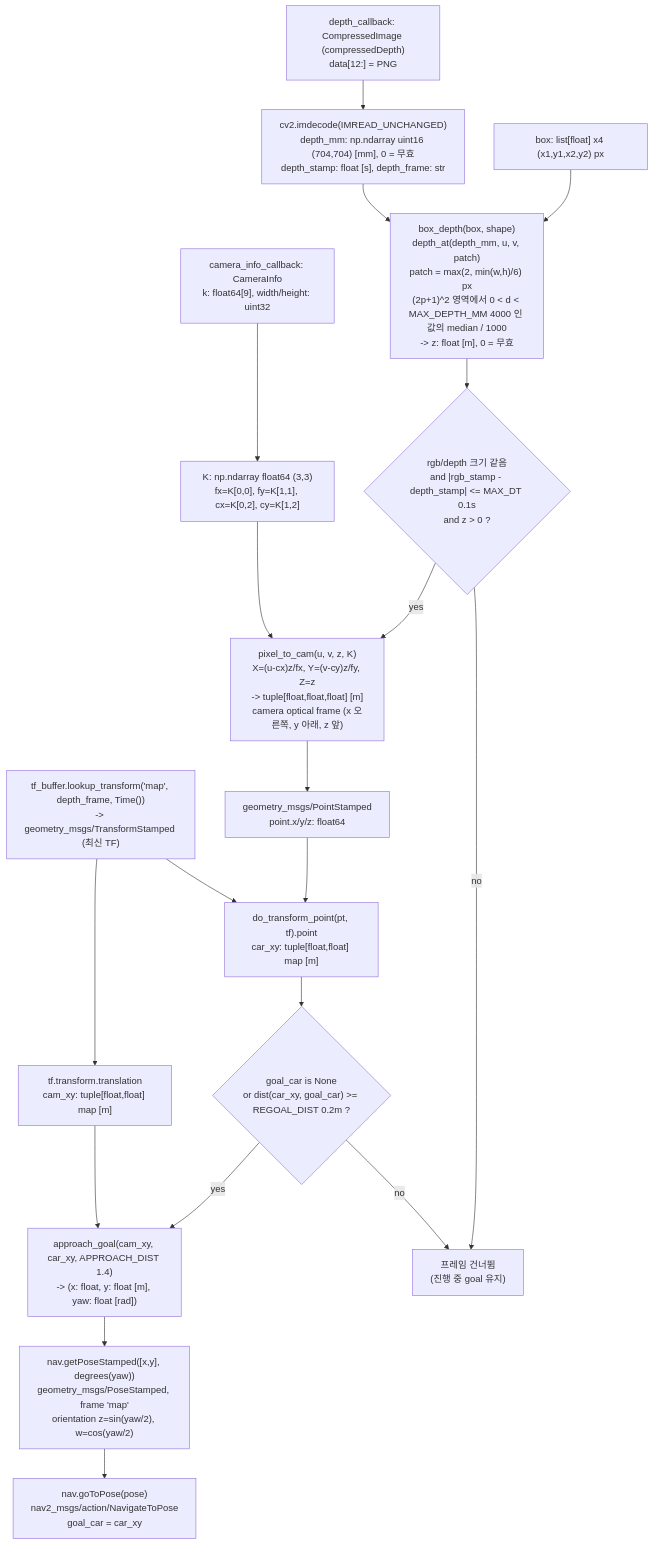
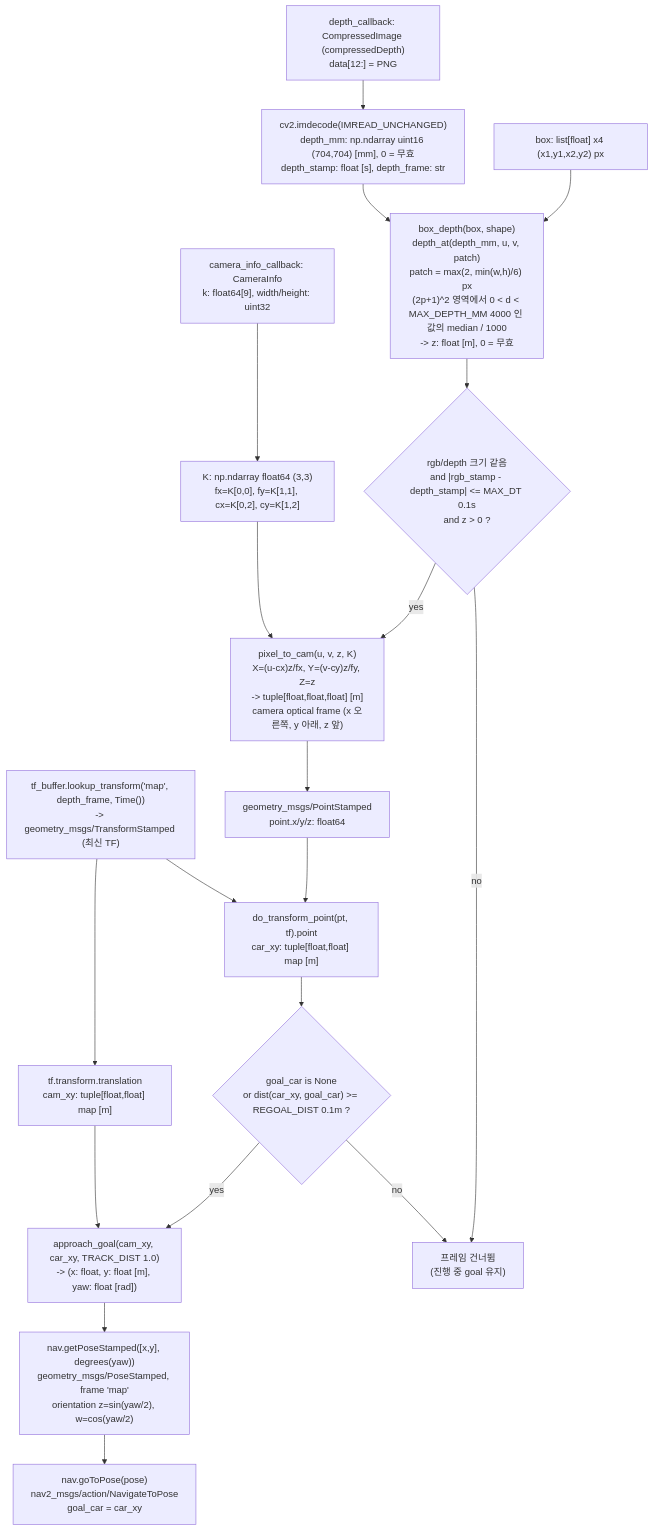
One commit to choicsh/cobot4_ws_miniproject changed the fifth of 7 diagrams in docs/architecture.md. Above: the diagram before and after it, drawn with Mermaid. The commit also changed other lines of this file and 3 other files, not shown here.

First line of the commit message:
feat(mission): TRACK goal 거리 1.0m 분리, 재전송 0.1m, nav2 xy_goal_tolerance 0.1

````diff
--- a/docs/architecture.md
+++ b/docs/architecture.md
@@ -147,21 +147,21 @@
 ```mermaid
 flowchart TD
     D0["depth_callback: CompressedImage (compressedDepth)<br/>data[12:] = PNG"] --> D1["cv2.imdecode(IMREAD_UNCHANGED)<br/>depth_mm: np.ndarray uint16 (704,704) [mm], 0 = 무효<br/>depth_stamp: float [s], depth_frame: str"]
     K0["camera_info_callback: CameraInfo<br/>k: float64[9], width/height: uint32"] --> K1["K: np.ndarray float64 (3,3)<br/>fx=K[0,0], fy=K[1,1], cx=K[0,2], cy=K[1,2]"]
     BOX["box: list[float] x4 (x1,y1,x2,y2) px"] --> Z
     D1 --> Z["box_depth(box, shape)<br/>depth_at(depth_mm, u, v, patch)<br/>patch = max(2, min(w,h)/6) px<br/>(2p+1)^2 영역에서 0 < d < MAX_DEPTH_MM 4000 인 값의 median / 1000<br/>-> z: float [m], 0 = 무효"]
     Z --> CHK{"rgb/depth 크기 같음<br/>and |rgb_stamp - depth_stamp| <= MAX_DT 0.1s<br/>and z > 0 ?"}
     CHK -- no --> SKIP["프레임 건너뜀<br/>(진행 중 goal 유지)"]
     CHK -- yes --> P["pixel_to_cam(u, v, z, K)<br/>X=(u-cx)z/fx, Y=(v-cy)z/fy, Z=z<br/>-> tuple[float,float,float] [m]<br/>camera optical frame (x 오른쪽, y 아래, z 앞)"]
     K1 --> P
     TF0["tf_buffer.lookup_transform('map', depth_frame, Time())<br/>-> geometry_msgs/TransformStamped (최신 TF)"] --> T
     P --> PS["geometry_msgs/PointStamped<br/>point.x/y/z: float64"]
     PS --> T["do_transform_point(pt, tf).point<br/>car_xy: tuple[float,float] map [m]"]
     TF0 --> CAM["tf.transform.translation<br/>cam_xy: tuple[float,float] map [m]"]
-    T --> RG{"goal_car is None<br/>or dist(car_xy, goal_car) >= REGOAL_DIST 0.2m ?"}
+    T --> RG{"goal_car is None<br/>or dist(car_xy, goal_car) >= REGOAL_DIST 0.1m ?"}
     RG -- no --> SKIP
-    RG -- yes --> AG["approach_goal(cam_xy, car_xy, APPROACH_DIST 1.4)<br/>-> (x: float, y: float [m], yaw: float [rad])"]
+    RG -- yes --> AG["approach_goal(cam_xy, car_xy, TRACK_DIST 1.0)<br/>-> (x: float, y: float [m], yaw: float [rad])"]
     CAM --> AG
     AG --> PO["nav.getPoseStamped([x,y], degrees(yaw))<br/>geometry_msgs/PoseStamped, frame 'map'<br/>orientation z=sin(yaw/2), w=cos(yaw/2)"]
     PO --> GO["nav.goToPose(pose)<br/>nav2_msgs/action/NavigateToPose<br/>goal_car = car_xy"]
 ```
````
